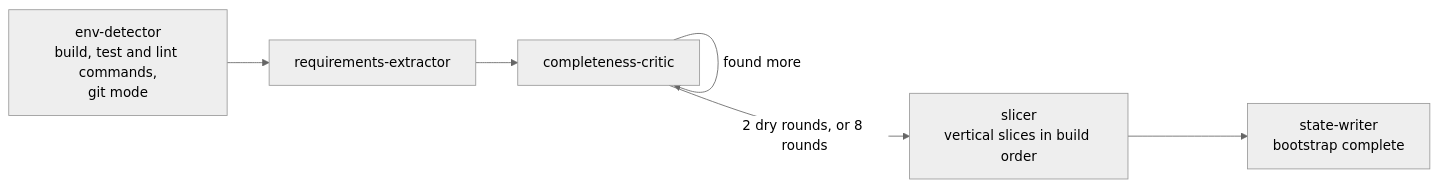
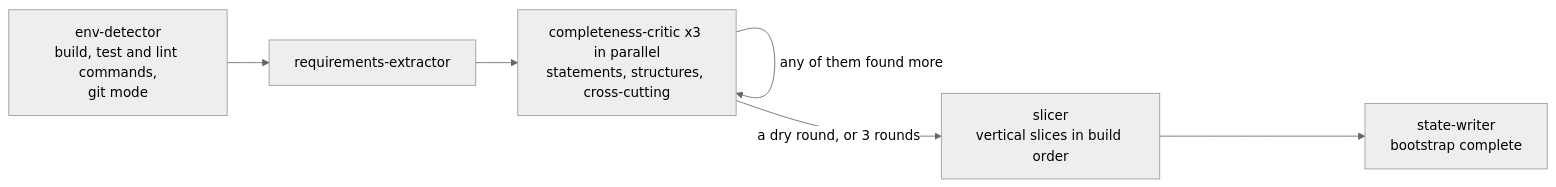
The third of 8 diagrams in README.md (omarahr/sdlc), drawn with Mermaid (neutral theme) before and after one commit. The commit also changed other lines of this file and 12 other files, not shown here.

````diff
--- a/README.md
+++ b/README.md
@@ -226,8 +226,8 @@
 ```mermaid
 flowchart LR
   A["env-detector<br/>build, test and lint commands,<br/>git mode"] --> B["requirements-extractor"]
-  B --> C["completeness-critic"]
-  C -- "found more" --> C
-  C -- "2 dry rounds, or 8 rounds" --> D["slicer<br/>vertical slices in build order"]
+  B --> C["completeness-critic x3 in parallel<br/>statements, structures, cross-cutting"]
+  C -- "any of them found more" --> C
+  C -- "a dry round, or 3 rounds" --> D["slicer<br/>vertical slices in build order"]
   D --> E["state-writer<br/>bootstrap complete"]
 ```
````
